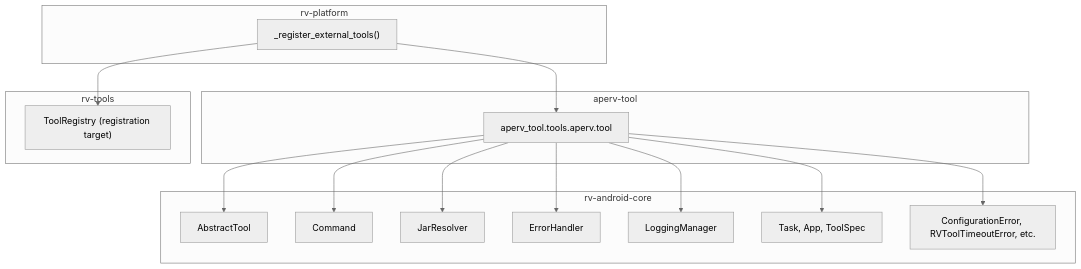
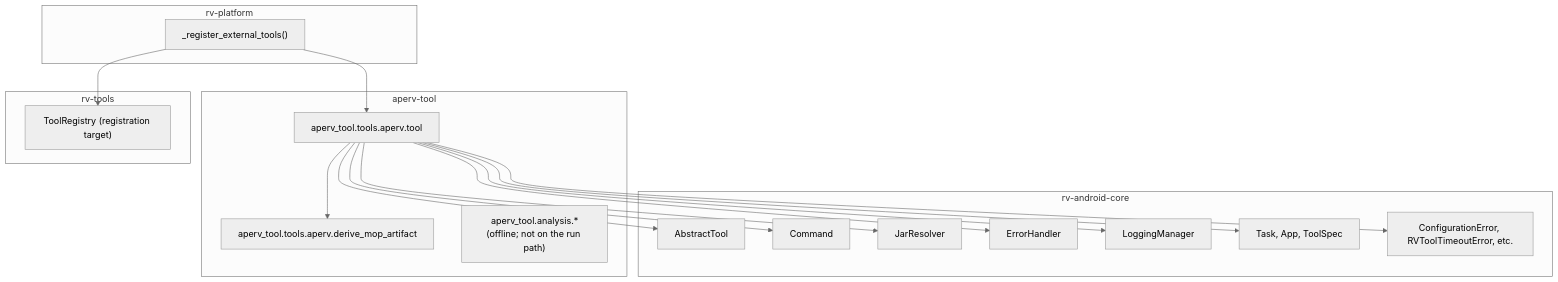
Before and after one commit to PAMunb/rvsec: the second of 5 diagrams in rv-android/modules/aperv-tool/docs/architecture.md, drawn with Mermaid. The commit also changed other lines of this file and 4 other files, not shown here.

````diff
--- a/rv-android/modules/aperv-tool/docs/architecture.md
+++ b/rv-android/modules/aperv-tool/docs/architecture.md
@@ -202,32 +216,35 @@
 ```mermaid
 %%{init: {'theme': 'neutral'}}%%
 flowchart TB
     subgraph ApervModule["aperv-tool"]
         ToolImpl["aperv_tool.tools.aperv.tool"]
+        DeriveImpl["aperv_tool.tools.aperv.derive_mop_artifact"]
+        AnalysisPkg["aperv_tool.analysis.*<br/>(offline; not on the run path)"]
     end
     subgraph CoreDeps["rv-android-core"]
         AbstractToolDep["AbstractTool"]
         CommandDep["Command"]
         JarResolverDep["JarResolver"]
         ErrorHandlerDep["ErrorHandler"]
         LoggingDep["LoggingManager"]
         DomainDep["Task, App, ToolSpec"]
         ExceptionsDep["ConfigurationError, RVToolTimeoutError, etc."]
     end
     subgraph ToolsDeps["rv-tools"]
         RegistryDep["ToolRegistry (registration target)"]
     end
     subgraph PlatformDeps["rv-platform"]
         ExtRegDep["_register_external_tools()"]
     end
 
     ToolImpl --> AbstractToolDep
     ToolImpl --> CommandDep
     ToolImpl --> JarResolverDep
     ToolImpl --> ErrorHandlerDep
     ToolImpl --> LoggingDep
     ToolImpl --> DomainDep
     ToolImpl --> ExceptionsDep
+    ToolImpl --> DeriveImpl
     ExtRegDep --> ToolImpl
     ExtRegDep --> RegistryDep
 ```
````
